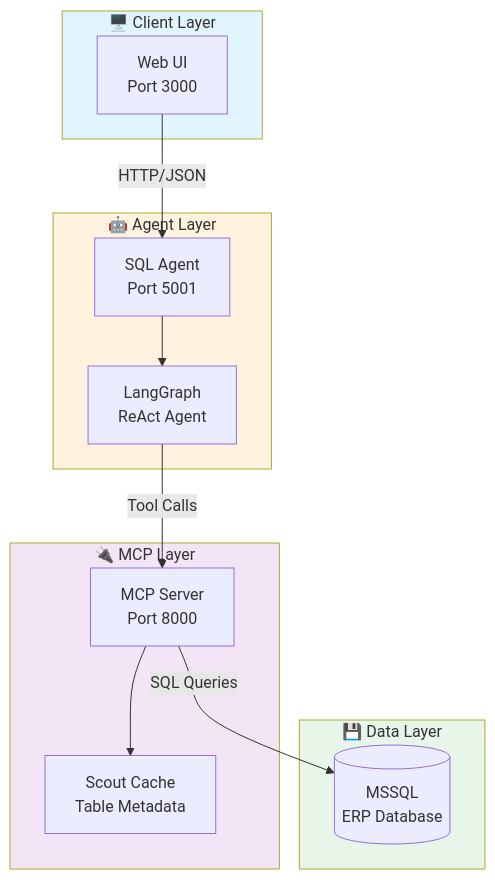
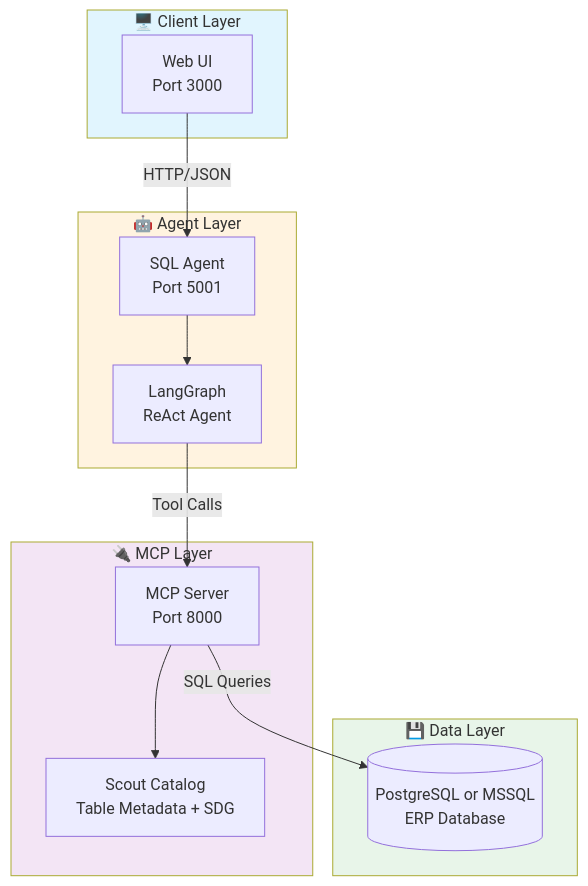
The first of 3 diagrams in README.md (julianus-kath/proactive-context-learning), drawn with Mermaid before and after one commit. The commit also changed other lines of this file and 96 other files, not shown here.

````diff
--- a/README.md
+++ b/README.md
@@ -55,31 +91,31 @@
 ```mermaid
 flowchart TB
     subgraph Client["🖥️ Client Layer"]
         UI[Web UI<br/>Port 3000]
     end
 
     subgraph Agent["🤖 Agent Layer"]
         SA[SQL Agent<br/>Port 5001]
         LG[LangGraph<br/>ReAct Agent]
     end
 
     subgraph MCP["🔌 MCP Layer"]
         MS[MCP Server<br/>Port 8000]
-        SC[Scout Cache<br/>Table Metadata]
+        SC[Scout Catalog<br/>Table Metadata + SDG]
     end
 
     subgraph Data["💾 Data Layer"]
-        DB[(MSSQL<br/>ERP Database)]
+        DB[(PostgreSQL or MSSQL<br/>ERP Database)]
     end
 
     UI -->|HTTP/JSON| SA
     SA --> LG
     LG -->|Tool Calls| MS
     MS --> SC
     MS -->|SQL Queries| DB
 
     style Client fill:#e1f5fe
     style Agent fill:#fff3e0
     style MCP fill:#f3e5f5
     style Data fill:#e8f5e9
 ```
````
